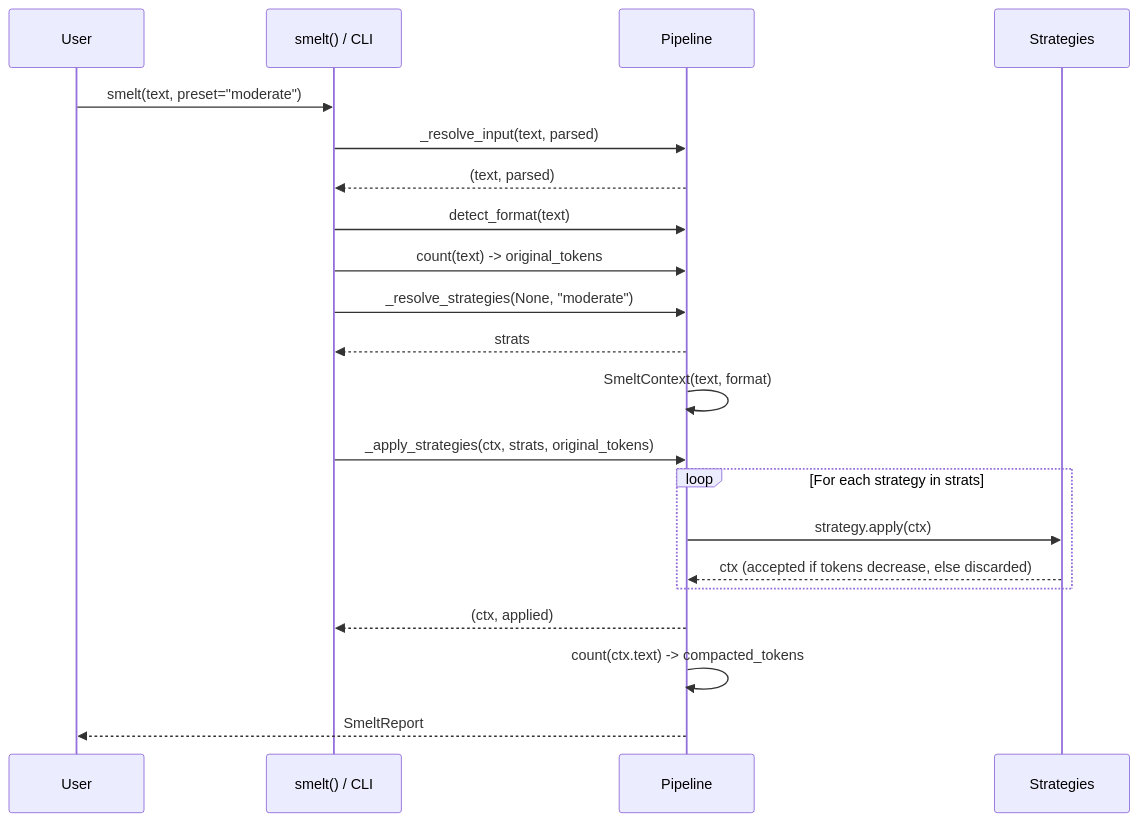
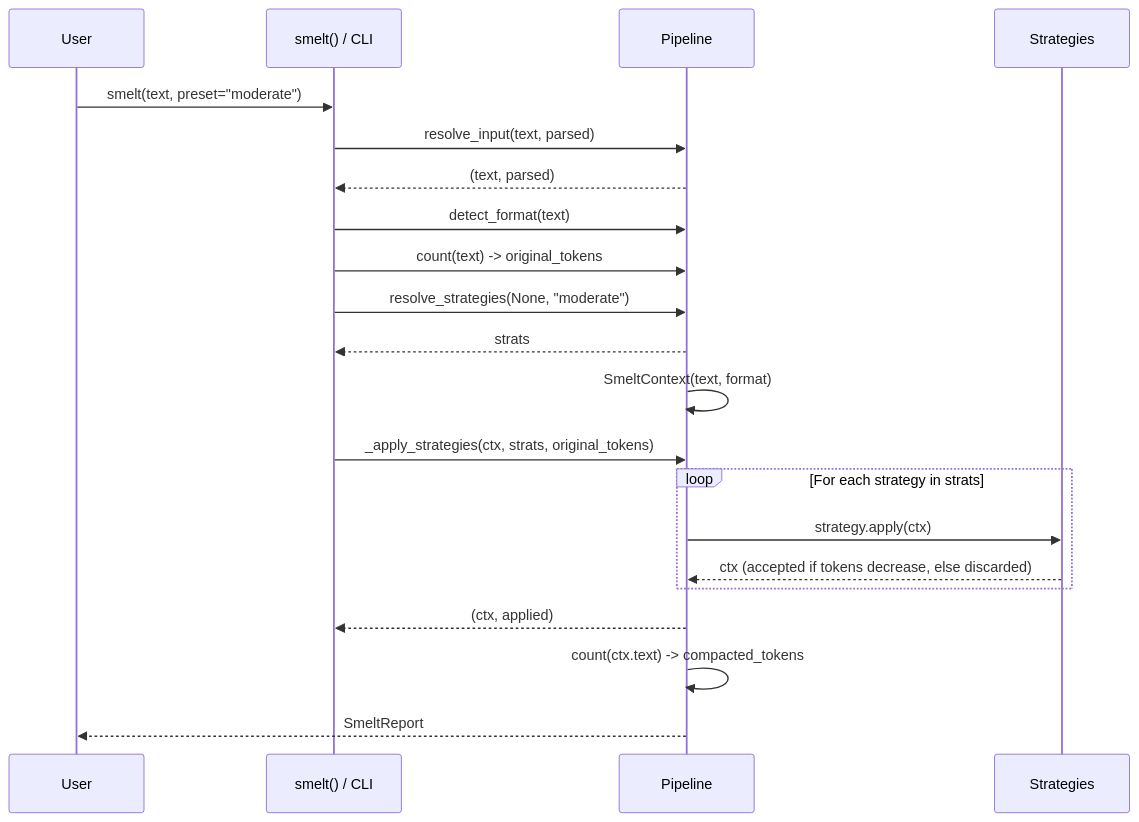
Before and after one commit to axm-protocols/axm-forge: the second of 2 diagrams in packages/axm-smelt/docs/explanation/architecture.md, drawn with Mermaid. The commit also changed other lines of this file and 5 other files, not shown here.

````diff
--- a/packages/axm-smelt/docs/explanation/architecture.md
+++ b/packages/axm-smelt/docs/explanation/architecture.md
@@ -85,24 +85,24 @@
 ```mermaid
 sequenceDiagram
     participant User
     participant API as smelt() / CLI
     participant Pipeline
     participant Strategies
 
     User->>API: smelt(text, preset="moderate")
-    API->>Pipeline: _resolve_input(text, parsed)
+    API->>Pipeline: resolve_input(text, parsed)
     Pipeline-->>API: (text, parsed)
     API->>Pipeline: detect_format(text)
     API->>Pipeline: count(text) -> original_tokens
-    API->>Pipeline: _resolve_strategies(None, "moderate")
+    API->>Pipeline: resolve_strategies(None, "moderate")
     Pipeline-->>API: strats
     Pipeline->>Pipeline: SmeltContext(text, format)
     API->>Pipeline: _apply_strategies(ctx, strats, original_tokens)
     loop For each strategy in strats
         Pipeline->>Strategies: strategy.apply(ctx)
         Strategies-->>Pipeline: ctx (accepted if tokens decrease, else discarded)
     end
     Pipeline-->>API: (ctx, applied)
     Pipeline->>Pipeline: count(ctx.text) -> compacted_tokens
     Pipeline-->>User: SmeltReport
 ```
````
